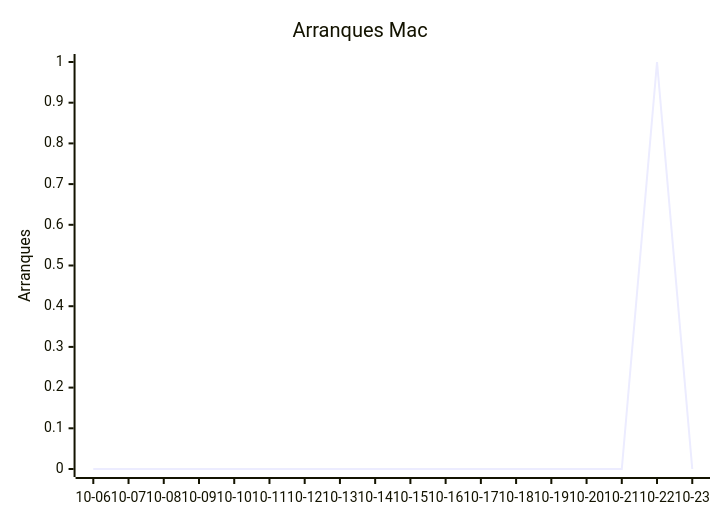
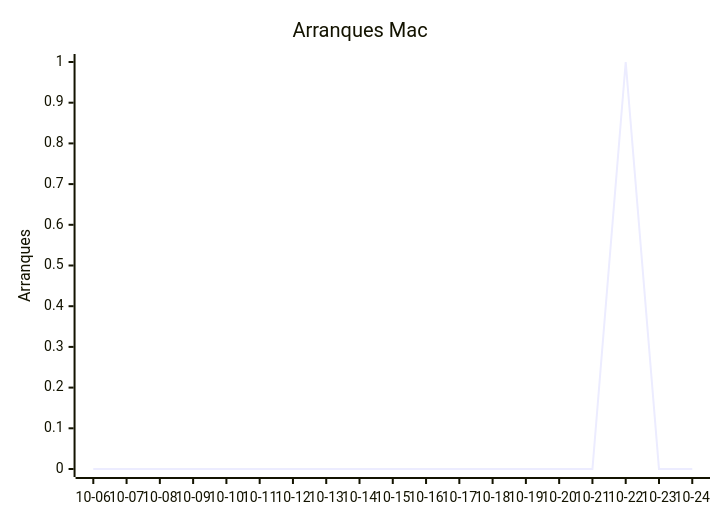
One commit to EmuDeck/stats changed the fourth of 9 diagrams in README.md. Above: the diagram before and after it, drawn with Mermaid. The commit also changed other lines of this file and 2 other files, not shown here.

````diff
--- a/README.md
+++ b/README.md
@@ -42,7 +42,7 @@
 ```mermaid
 xychart-beta
     title "Arranques Mac"
-    x-axis ["10-06", "10-07", "10-08", "10-09", "10-10", "10-11", "10-12", "10-13", "10-14", "10-15", "10-16", "10-17", "10-18", "10-19", "10-20", "10-21", "10-22", "10-23"]
+    x-axis ["10-06", "10-07", "10-08", "10-09", "10-10", "10-11", "10-12", "10-13", "10-14", "10-15", "10-16", "10-17", "10-18", "10-19", "10-20", "10-21", "10-22", "10-23", "10-24"]
     y-axis "Arranques"
-    line [0, 0, 0, 0, 0, 0, 0, 0, 0, 0, 0, 0, 0, 0, 0, 0, 1, 0]
+    line [0, 0, 0, 0, 0, 0, 0, 0, 0, 0, 0, 0, 0, 0, 0, 0, 1, 0, 0]
 ```
````
